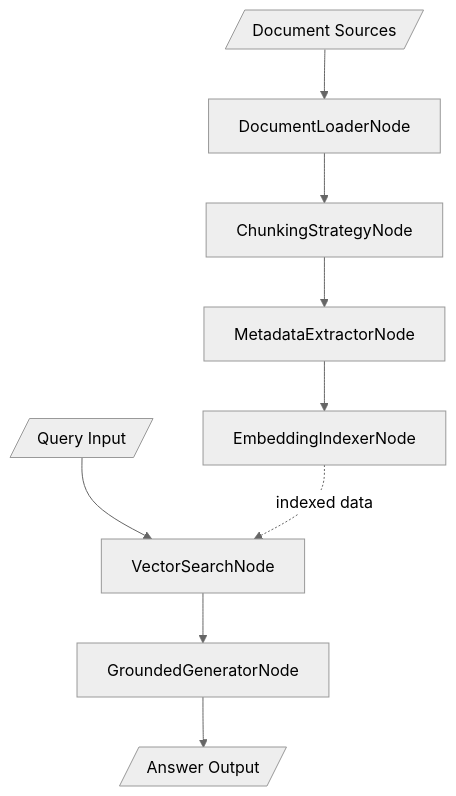
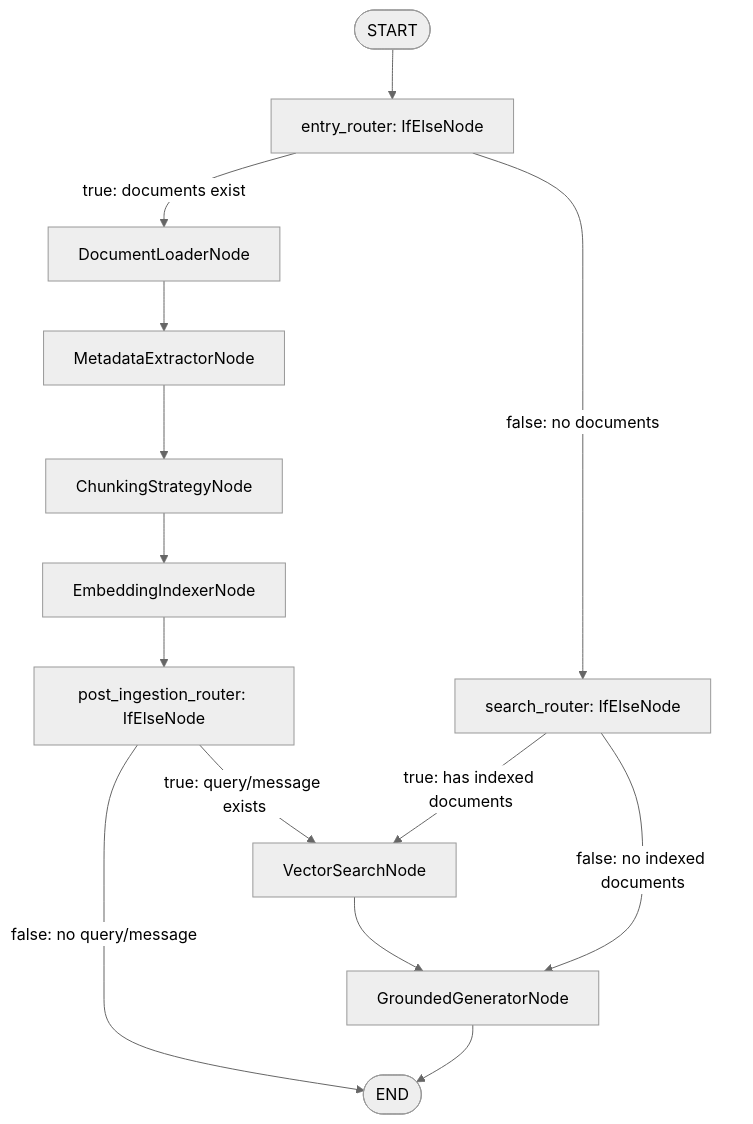
One commit to ShaojieJiang/orcheo changed the first of 5 diagrams in docs/conversational_search/demo_design.md. Above: the diagram before and after it, drawn with Mermaid (neutral theme). The commit also changed other lines of this file and 102 other files, not shown here.

````diff
--- a/docs/conversational_search/demo_design.md
+++ b/docs/conversational_search/demo_design.md
@@ -33,12 +35,22 @@
 ```mermaid
 graph TD
-    Docs[/Document Sources/] --> Loader[DocumentLoaderNode]
-    Loader --> Chunking[ChunkingStrategyNode]
-    Chunking --> Metadata[MetadataExtractorNode]
-    Metadata --> Indexer[EmbeddingIndexerNode]
+    Start([START]) --> EntryRouter[entry_router: IfElseNode]
 
-    Query[/Query Input/] --> Search[VectorSearchNode]
-    Indexer -.->|indexed data| Search
+    EntryRouter -->|true: documents exist| Loader[DocumentLoaderNode]
+    EntryRouter -->|false: no documents| SearchRouter[search_router: IfElseNode]
+
+    Loader --> Metadata[MetadataExtractorNode]
+    Metadata --> Chunking[ChunkingStrategyNode]
+    Chunking --> Indexer[EmbeddingIndexerNode]
+
+    Indexer --> PostRouter[post_ingestion_router: IfElseNode]
+    PostRouter -->|true: query/message exists| Search[VectorSearchNode]
+    PostRouter -->|false: no query/message| End([END])
+
     Search --> Generator[GroundedGeneratorNode]
-    Generator --> Output[/Answer Output/]
+
+    SearchRouter -->|true: has indexed documents| Search
+    SearchRouter -->|false: no indexed documents| Generator
+
+    Generator --> End
 ```
````
